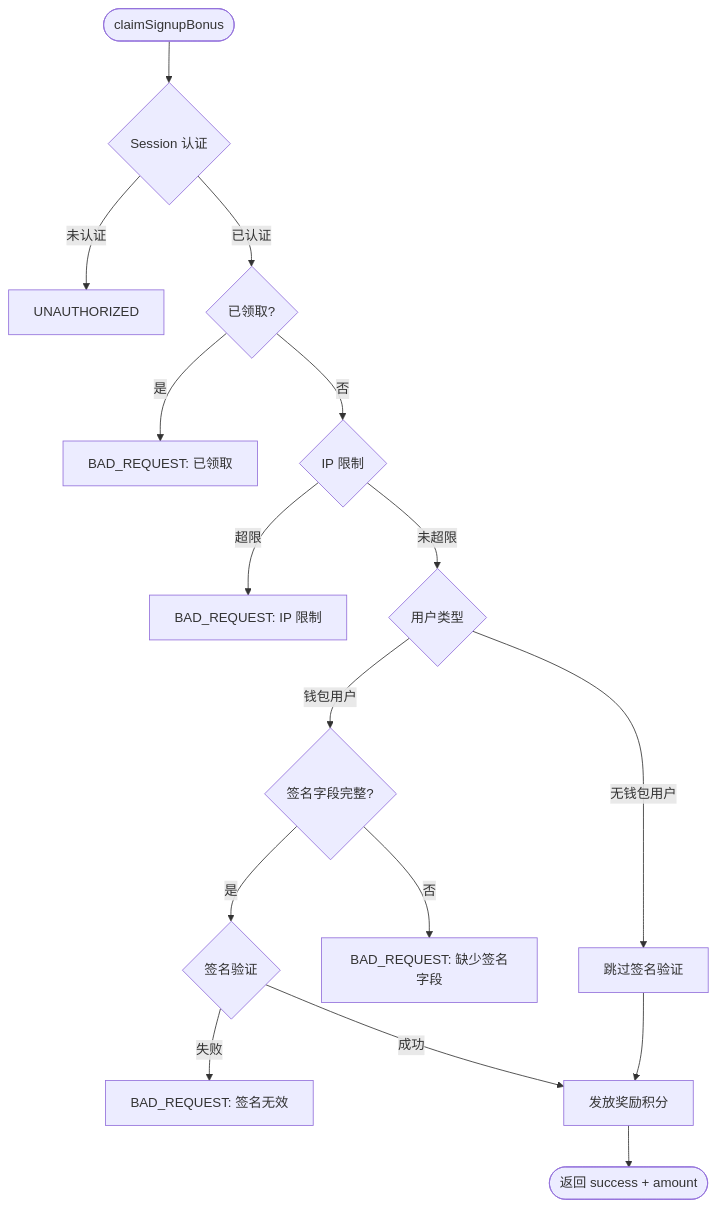
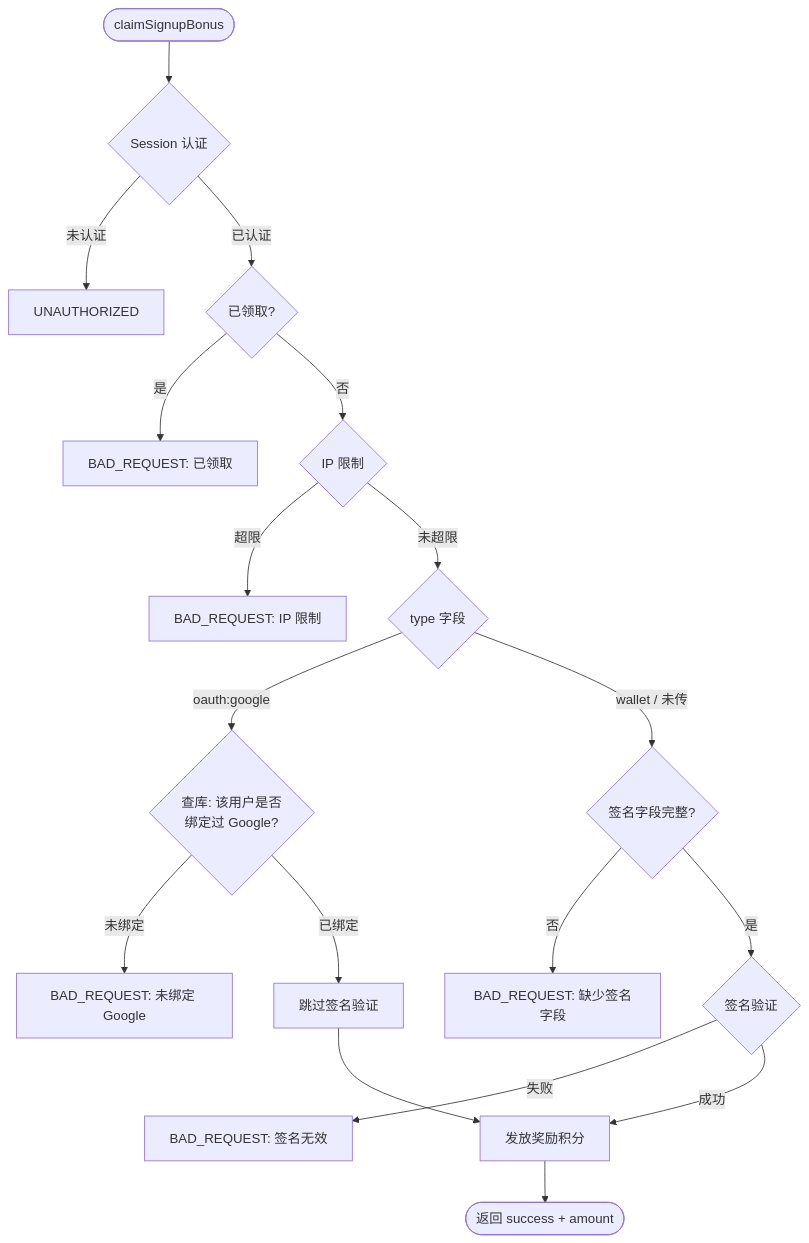
Before and after one commit to RudolphHuang/openclaw_doc: diagram 11 of 11 in docs/google登录技术方案.md, drawn with Mermaid. The commit also changed other lines of this file, not shown here.

````diff
--- a/docs/google登录技术方案.md
+++ b/docs/google登录技术方案.md
@@ -781,21 +788,24 @@
 ```mermaid
 flowchart TB
     Start(["claimSignupBonus"]) --> Auth{"Session 认证"}
     Auth -->|未认证| Err1["UNAUTHORIZED"]
     Auth -->|已认证| CheckClaimed{"已领取?"}
     CheckClaimed -->|是| Err2["BAD_REQUEST: 已领取"]
     CheckClaimed -->|否| CheckIP{"IP 限制"}
     CheckIP -->|超限| Err3["BAD_REQUEST: IP 限制"]
-    CheckIP -->|未超限| CheckUserType{"用户类型"}
+    CheckIP -->|未超限| CheckType{"type 字段"}
 
-    CheckUserType -->|"无钱包用户"| SkipSig["跳过签名验证"]
-    CheckUserType -->|"钱包用户"| CheckSigFields{"签名字段完整?"}
+    CheckType -->|"oauth:google"| VerifyGoogleBound{"查库: 该用户是否\n绑定过 Google?"}
+    CheckType -->|"wallet / 未传"| CheckSigFields{"签名字段完整?"}
+
+    VerifyGoogleBound -->|"未绑定"| Err6["BAD_REQUEST: 未绑定 Google"]
+    VerifyGoogleBound -->|"已绑定"| SkipSig["跳过签名验证"]
 
     CheckSigFields -->|否| Err4["BAD_REQUEST: 缺少签名字段"]
     CheckSigFields -->|是| VerifySig{"签名验证"}
     VerifySig -->|失败| Err5["BAD_REQUEST: 签名无效"]
     VerifySig -->|成功| Grant["发放奖励积分"]
 
     SkipSig --> Grant
     Grant --> End(["返回 success + amount"])
 ```
````
